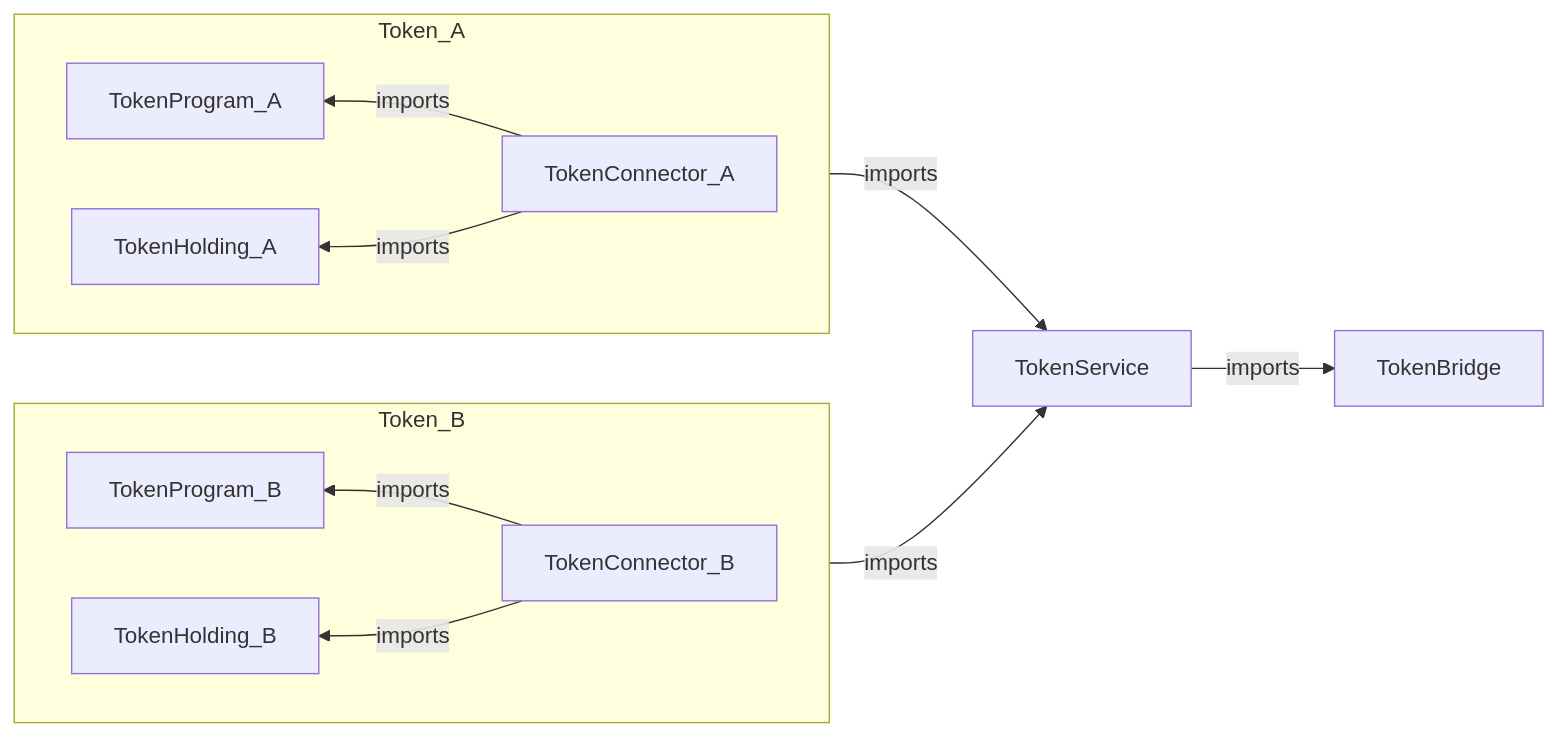
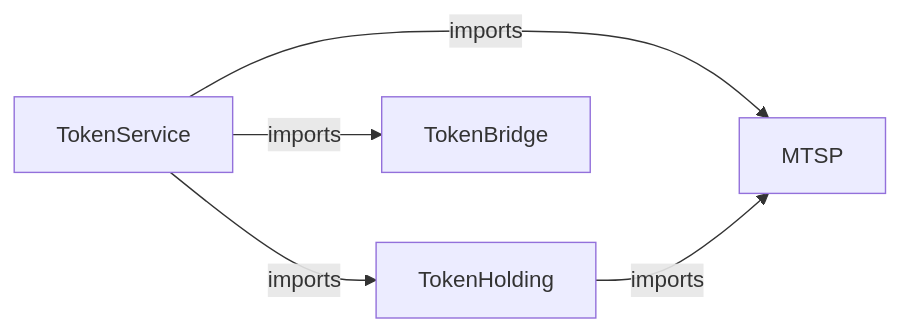
The diagram in aleo/README.md (venture23-aleo/verulink), drawn with Mermaid before and after one commit. The commit also changed other lines of this file, not shown here.

Commit message:
Readme updated to sync with latest architecture

````diff
--- a/aleo/README.md
+++ b/aleo/README.md
@@ -17,19 +16,8 @@
 ```mermaid
 flowchart LR
-subgraph Token_A
-  direction RL
-  TokenConnector_A -- imports --> TokenProgram_A
-  direction RL
-  TokenConnector_A -- imports --> TokenHolding_A
-end
-subgraph Token_B
-  direction RL
-  TokenConnector_B -- imports --> TokenProgram_B
-  direction RL
-  TokenConnector_B -- imports --> TokenHolding_B
-end
-Token_A -- imports --> TokenService
-Token_B -- imports --> TokenService
+TokenService -- imports --> TokenHolding
+TokenService -- imports --> MTSP
 TokenService -- imports --> TokenBridge
+TokenHolding -- imports --> MTSP
 
 ```
````
